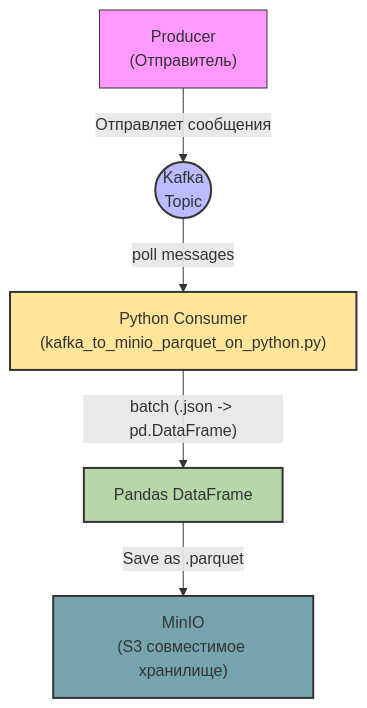
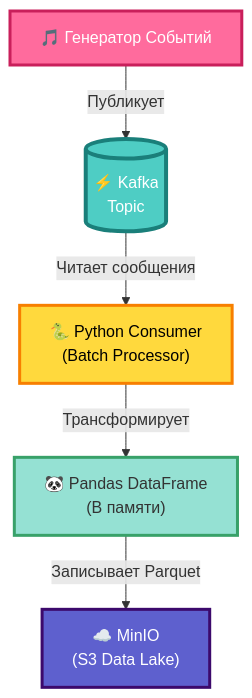
The third of 4 diagrams in README.md (Almas1989/kafka_de_project), drawn with Mermaid before and after one commit. The commit also changed other lines of this file, not shown here.

````diff
--- a/README.md
+++ b/README.md
@@ -152,13 +150,13 @@
 ```mermaid
 flowchart TB
-    AA["Producer<br>(Отправитель)"] -- Отправляет сообщения --> A((Kafka<br>Topic))
-    A(("Kafka<br>Topic")) -- poll messages --> B["Python Consumer<br>(kafka_to_minio_parquet_on_python.py)"]
-    B -- batch (.json -> pd.DataFrame) --> C["Pandas DataFrame"]
-    C -- Save as .parquet --> D["MinIO<br>(S3 совместимое хранилище)"]
+    A["🎵 Генератор Событий"] -- Публикует --> B[("⚡ Kafka<br/>Topic")]
+    B -- Читает сообщения --> C["🐍 Python Consumer<br/>(Batch Processor)"]
+    C -- Трансформирует --> D["🐼 Pandas DataFrame<br/>(В памяти)"]
+    D -- Записывает Parquet --> E["☁️ MinIO<br/>(S3 Data Lake)"]
 
-    style AA fill:#f9f,stroke:#333,stroke-width:1px
-    style A fill:#bbf,stroke:#333,stroke-width:2px
-    style B fill:#ffe599,stroke:#333,stroke-width:2px
-    style C fill:#b6d7a8,stroke:#333,stroke-width:2px
-    style D fill:#76a5af,stroke:#333,stroke-width:2px
+    style A fill:#FF6B9D,stroke:#C91F5B,stroke-width:3px,color:#fff
+    style B fill:#4ECDC4,stroke:#1A7F7A,stroke-width:4px,color:#fff
+    style C fill:#FFD93D,stroke:#F77F00,stroke-width:3px,color:#000
+    style D fill:#95E1D3,stroke:#38A169,stroke-width:3px
+    style E fill:#5E60CE,stroke:#3C096C,stroke-width:3px,color:#fff
 ```
````
